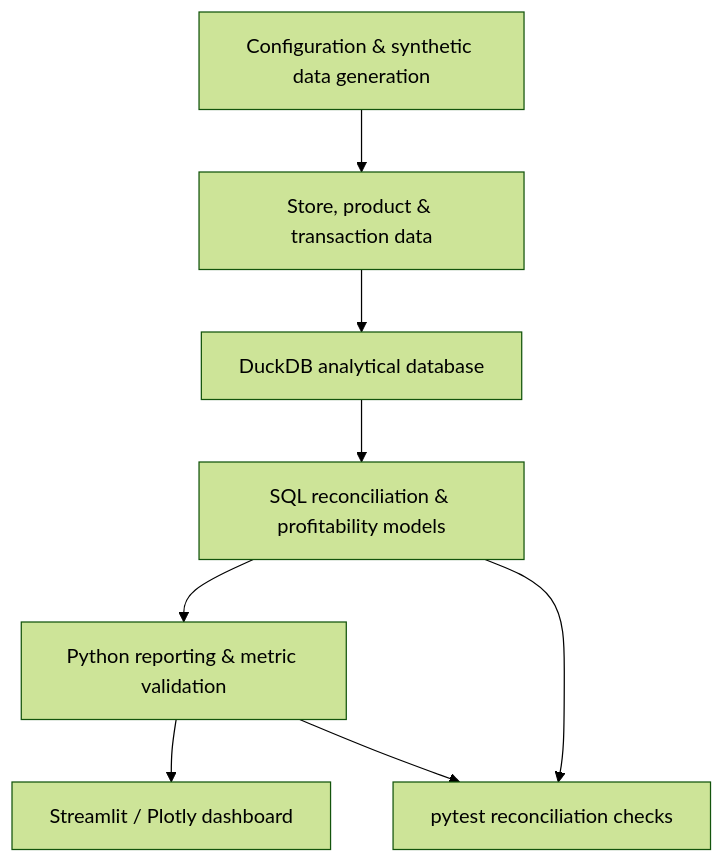
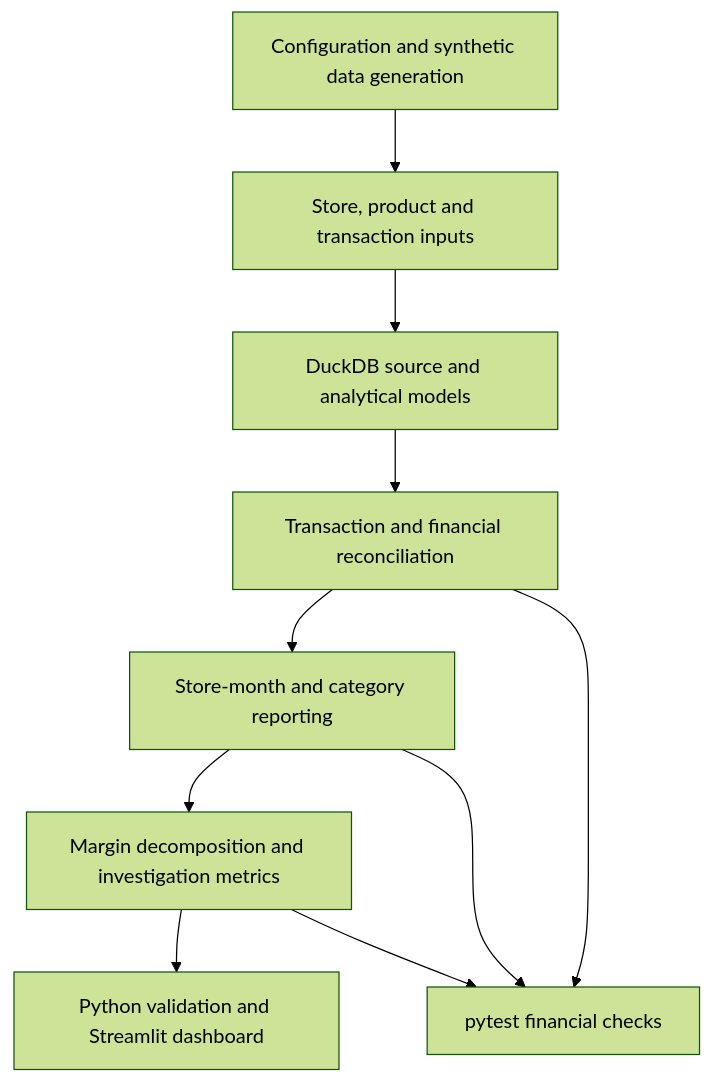
The diagram in README.md (SoyeonIm/retail-profitability-intelligence), drawn with Mermaid (forest theme) before and after one commit. The commit also changed other lines of this file and 12 other files, not shown here.

Commit message:
feat: complete MarginIQ profitability investigation and documentation

````diff
--- a/README.md
+++ b/README.md
@@ -23,10 +105,12 @@
 ```mermaid
 flowchart TD
-    A[Configuration & synthetic data generation] --> B[Store, product & transaction data]
-    B --> C[DuckDB analytical database]
-    C --> D[SQL reconciliation & profitability models]
-    D --> E[Python reporting & metric validation]
-    E --> F[Streamlit / Plotly dashboard]
-    D --> G[pytest reconciliation checks]
-    E --> G
+    A[Configuration and synthetic data generation] --> B[Store, product and transaction inputs]
+    B --> C[DuckDB source and analytical models]
+    C --> D[Transaction and financial reconciliation]
+    D --> E[Store-month and category reporting]
+    E --> F[Margin decomposition and investigation metrics]
+    F --> G[Python validation and Streamlit dashboard]
+    D --> H[pytest financial checks]
+    E --> H
+    F --> H
 ```
````
